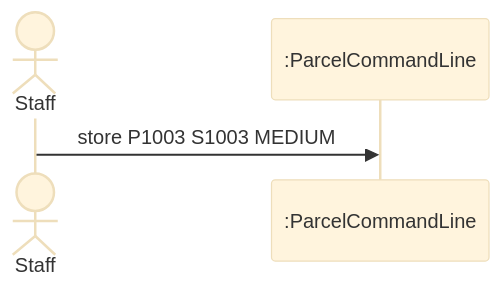
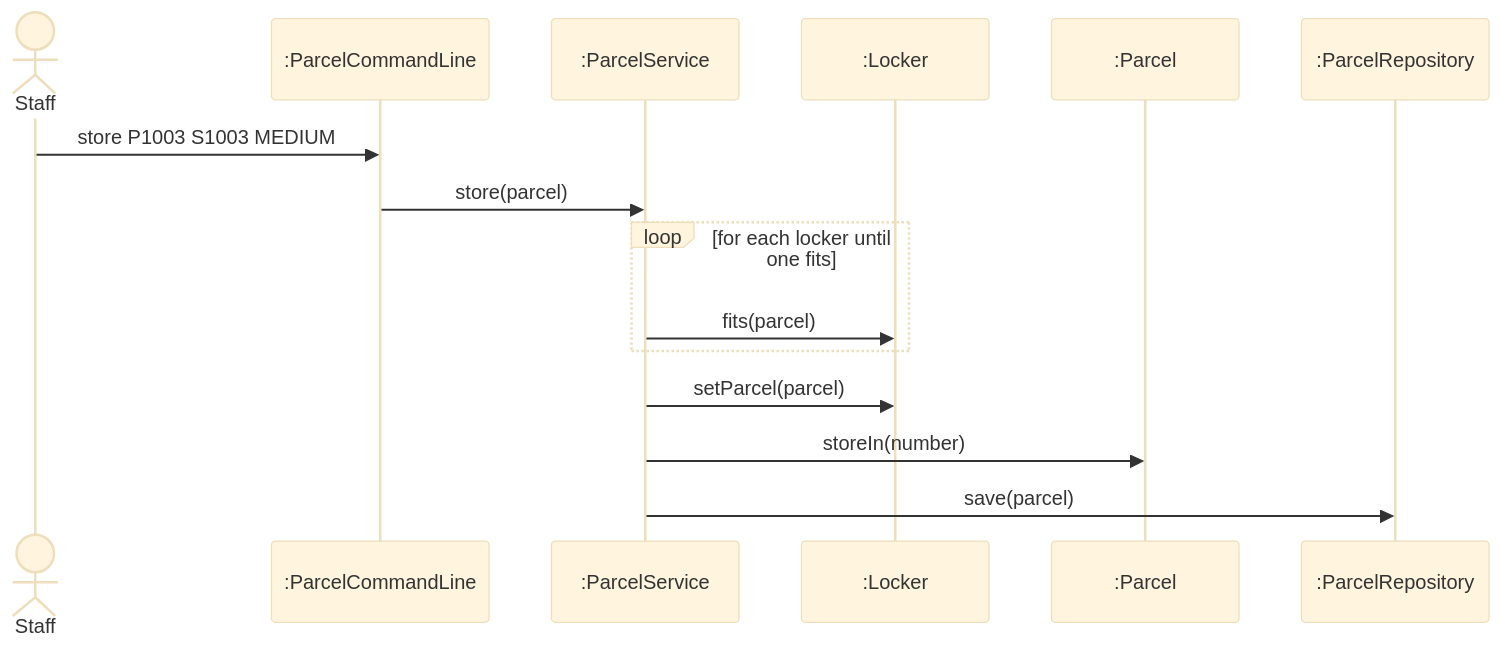
The third of 3 diagrams in LAB_REPORT.md (GoonNapat6788127/itcs382-h2-lab), drawn with Mermaid (base theme) before and after one commit. The commit also changed other lines of this file, not shown here.

````diff
--- a/LAB_REPORT.md
+++ b/LAB_REPORT.md
@@ -90,6 +131,17 @@
 ```mermaid
 sequenceDiagram
     actor Staff
     participant cli as :ParcelCommandLine
+    participant svc as :ParcelService
+    participant locker as :Locker
+    participant parcel as :Parcel
+    participant repo as :ParcelRepository
     Staff->>cli: store P1003 S1003 MEDIUM
+    cli->>svc: store(parcel)
+    loop for each locker until one fits
+        svc->>locker: fits(parcel)
+    end
+    svc->>locker: setParcel(parcel)
+    svc->>parcel: storeIn(number)
+    svc->>repo: save(parcel)
 ```
````
